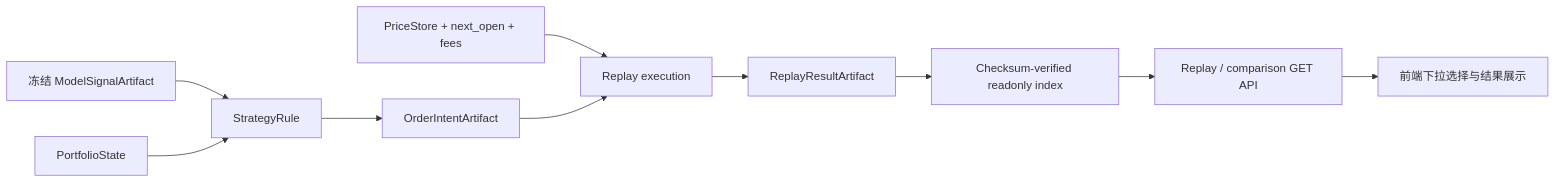
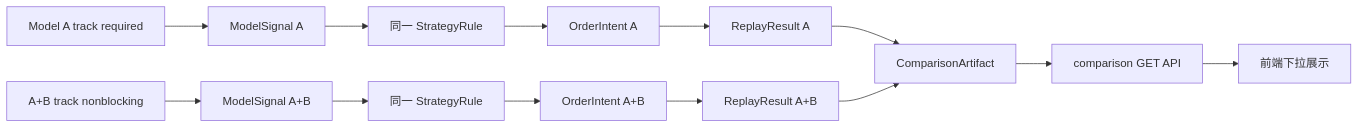
The fourth of 5 diagrams in docs/tw_modular_contracts/TW_PROJECT_MODULE_MAP_AND_FLOW_CN.md (charliecly0416/taiwan-stock-quant-platform), drawn with Mermaid before and after one commit. The commit also changed other lines of this file and 34 other files, not shown here.

Commit message:
feat: unify readonly model tracks

````diff
--- a/docs/tw_modular_contracts/TW_PROJECT_MODULE_MAP_AND_FLOW_CN.md
+++ b/docs/tw_modular_contracts/TW_PROJECT_MODULE_MAP_AND_FLOW_CN.md
@@ -380,12 +382,15 @@
 ```mermaid
 flowchart LR
-    S[冻结 ModelSignalArtifact] --> R[StrategyRule]
-    P[PortfolioState] --> R
-    R --> I[OrderIntentArtifact]
-    X[PriceStore + next_open + fees] --> E[Replay execution]
-    I --> E
-    E --> O[ReplayResultArtifact]
-    O --> K[Checksum-verified readonly index]
-    K --> A[Replay / comparison GET API]
-    A --> U[前端下拉选择与结果展示]
+    A[Model A track required] --> SA[ModelSignal A]
+    B[A+B track nonblocking] --> SB[ModelSignal A+B]
+    SA --> RA[同一 StrategyRule]
+    SB --> RB[同一 StrategyRule]
+    RA --> IA[OrderIntent A]
+    RB --> IB[OrderIntent A+B]
+    IA --> PA[ReplayResult A]
+    IB --> PB[ReplayResult A+B]
+    PA --> C[ComparisonArtifact]
+    PB --> C
+    C --> API[comparison GET API]
+    API --> U[前端下拉展示]
 ```
````
